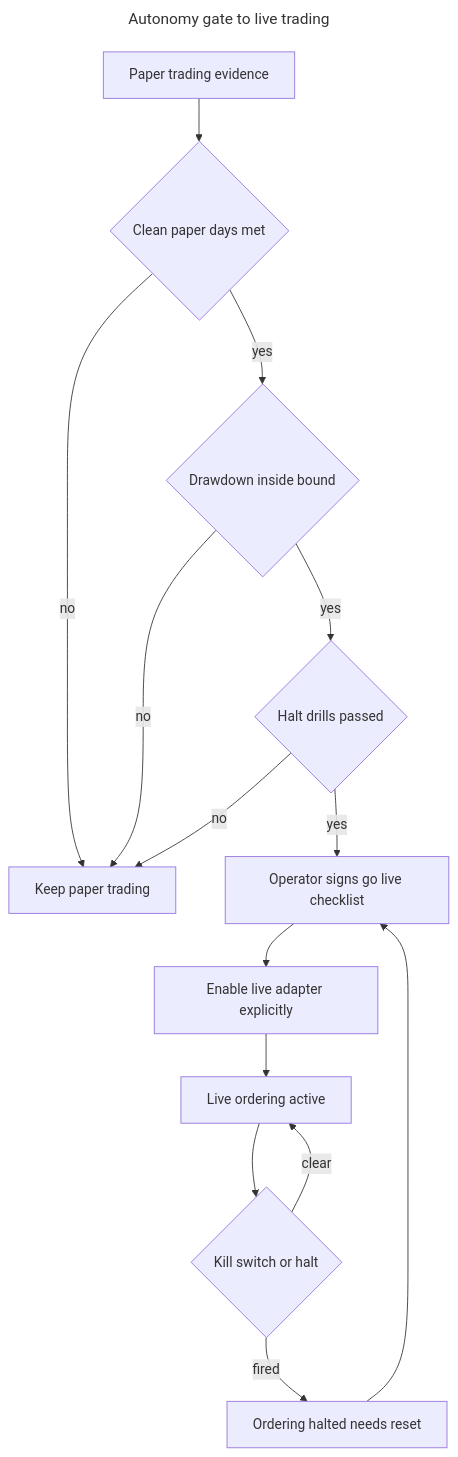
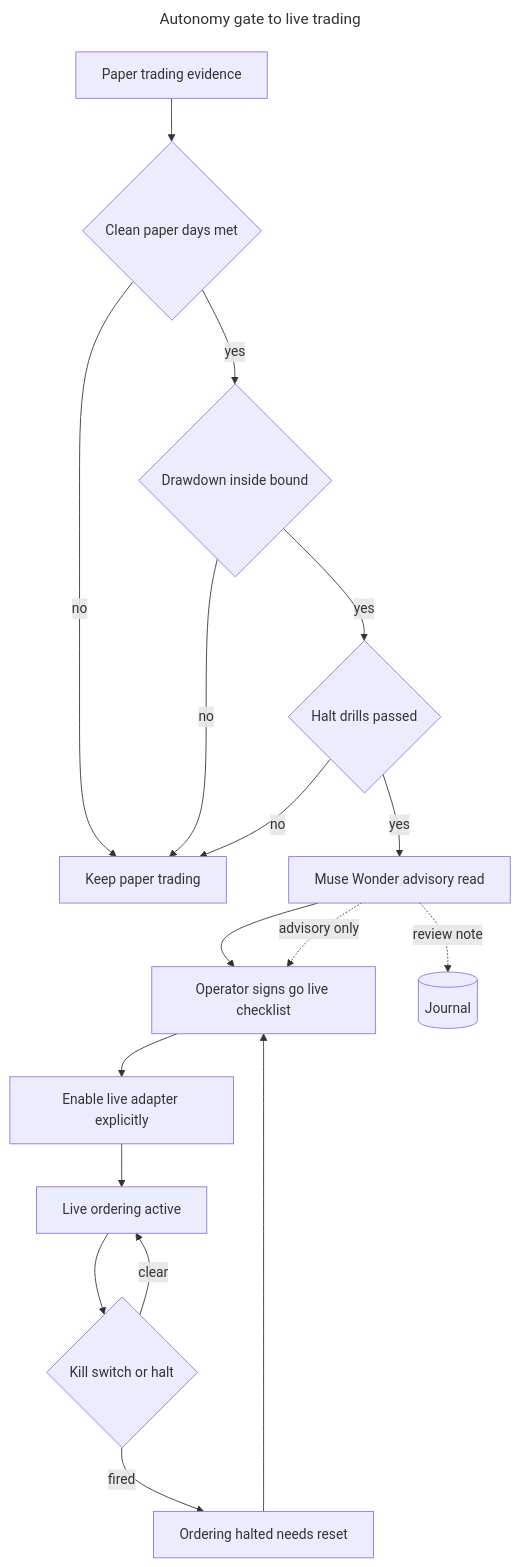
The diagram in diagrams/05-autonomy-gate.mmd (oherna25/trading_bot_project), drawn with Mermaid before and after one commit. The commit also changed 21 other files, not shown here.

```diff
--- a/diagrams/05-autonomy-gate.mmd
+++ b/diagrams/05-autonomy-gate.mmd
@@ -1,17 +1,20 @@
 ---
 title: Autonomy gate to live trading
 ---
 flowchart TB
     PAPER["Paper trading evidence"] --> DAYS{"Clean paper days met"}
     DAYS -->|no| KEEP["Keep paper trading"]
     DAYS -->|yes| DD{"Drawdown inside bound"}
     DD -->|no| KEEP
     DD -->|yes| DRILL{"Halt drills passed"}
     DRILL -->|no| KEEP
-    DRILL -->|yes| LIST["Operator signs go live checklist"]
+    DRILL -->|yes| WON["Muse Wonder advisory read"]
+    WON --> LIST["Operator signs go live checklist"]
+    WON -. advisory only .-> LIST
+    WON -. review note .-> WJ[("Journal")]
     LIST --> EN["Enable live adapter explicitly"]
     EN --> LIVE["Live ordering active"]
     LIVE --> KILL{"Kill switch or halt"}
     KILL -->|fired| OFF["Ordering halted needs reset"]
     KILL -->|clear| LIVE
     OFF --> LIST
```
